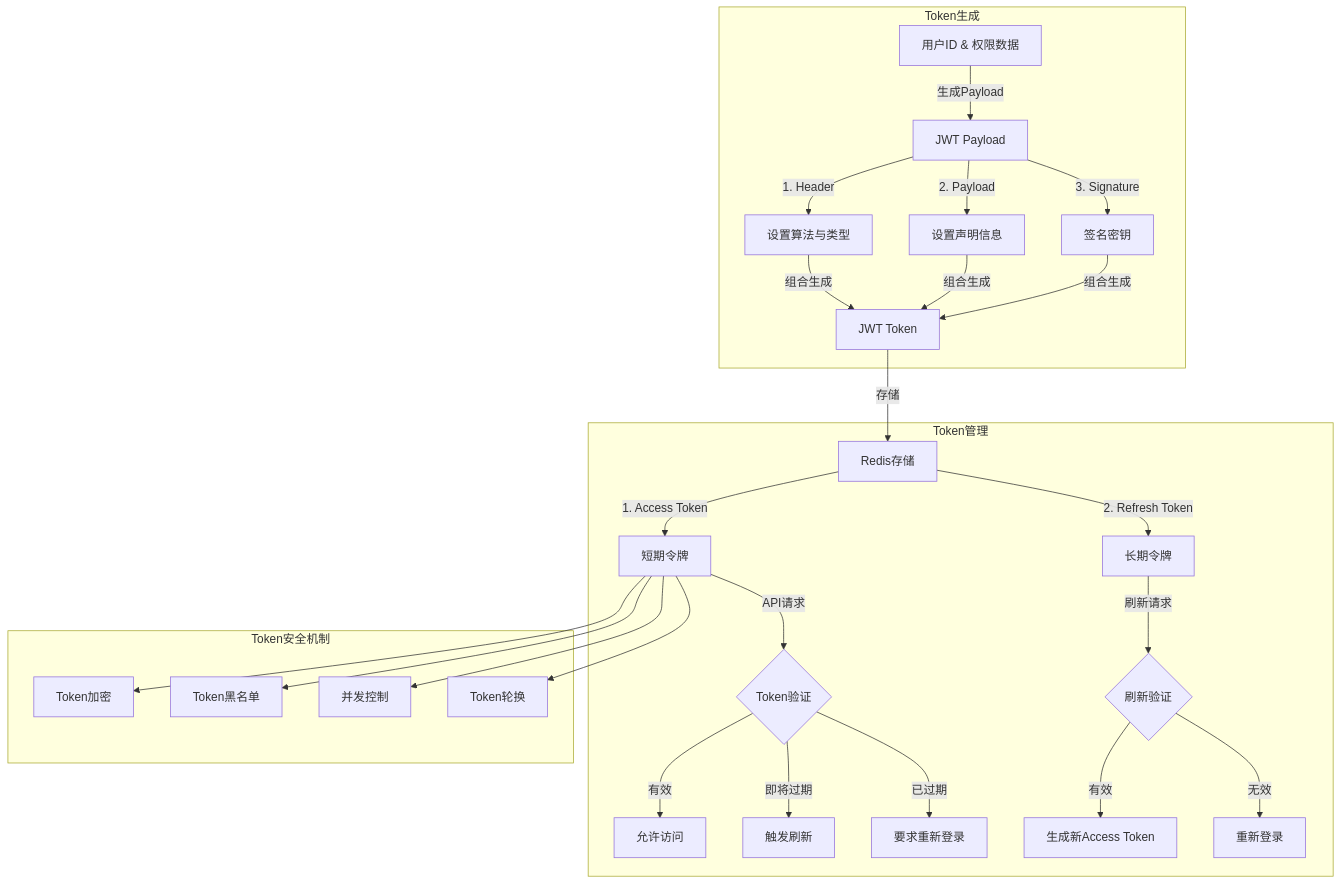
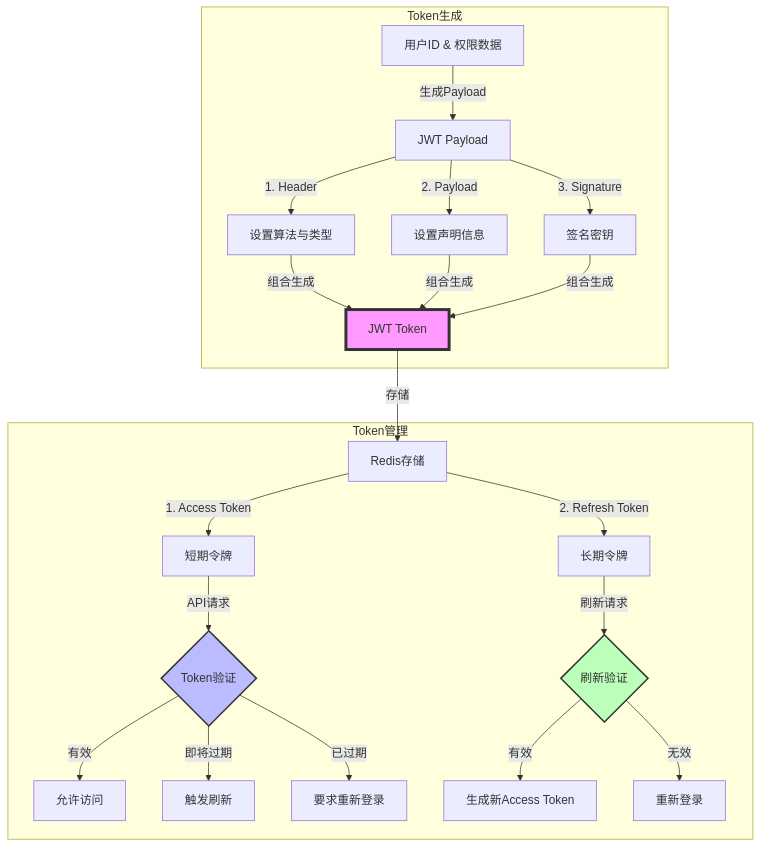
The diagram in all/未命名-10.md (yingjianzh/iodraw-files), drawn with Mermaid before and after one commit.

Commit message:
2025-01-02 10:57:55 update

````diff
--- a/all/未命名-10.md
+++ b/all/未命名-10.md
@@ -1,39 +1,31 @@
 ```mermaid
 flowchart TD
     subgraph Token生成
         A[用户ID & 权限数据] -->|生成Payload| B[JWT Payload]
         B -->|1. Header| C[设置算法与类型]
         B -->|2. Payload| D[设置声明信息]
         B -->|3. Signature| E[签名密钥]
         C & D & E -->|组合生成| F[JWT Token]
     end
 
     subgraph Token管理
         F -->|存储| G[Redis存储]
         G -->|1. Access Token| H[短期令牌]
         G -->|2. Refresh Token| I[长期令牌]
         
         H -->|API请求| J{Token验证}
         J -->|有效| K[允许访问]
         J -->|即将过期| L[触发刷新]
         J -->|已过期| M[要求重新登录]
         
         I -->|刷新请求| N{刷新验证}
         N -->|有效| O[生成新Access Token]
         N -->|无效| P[重新登录]
     end
 
-    subgraph Token安全机制
-        Q[Token加密]
-        R[Token黑名单]
-        S[并发控制]
-        T[Token轮换]
-        
-        H --> Q
-        H --> R
-        H --> S
-        H --> T
-    end
+    
 
-   
+    style F fill:#f9f,stroke:#333,stroke-width:4px
+    style J fill:#bbf,stroke:#333,stroke-width:2px
+    style N fill:#bfb,stroke:#333,stroke-width:2px
 ```
````
